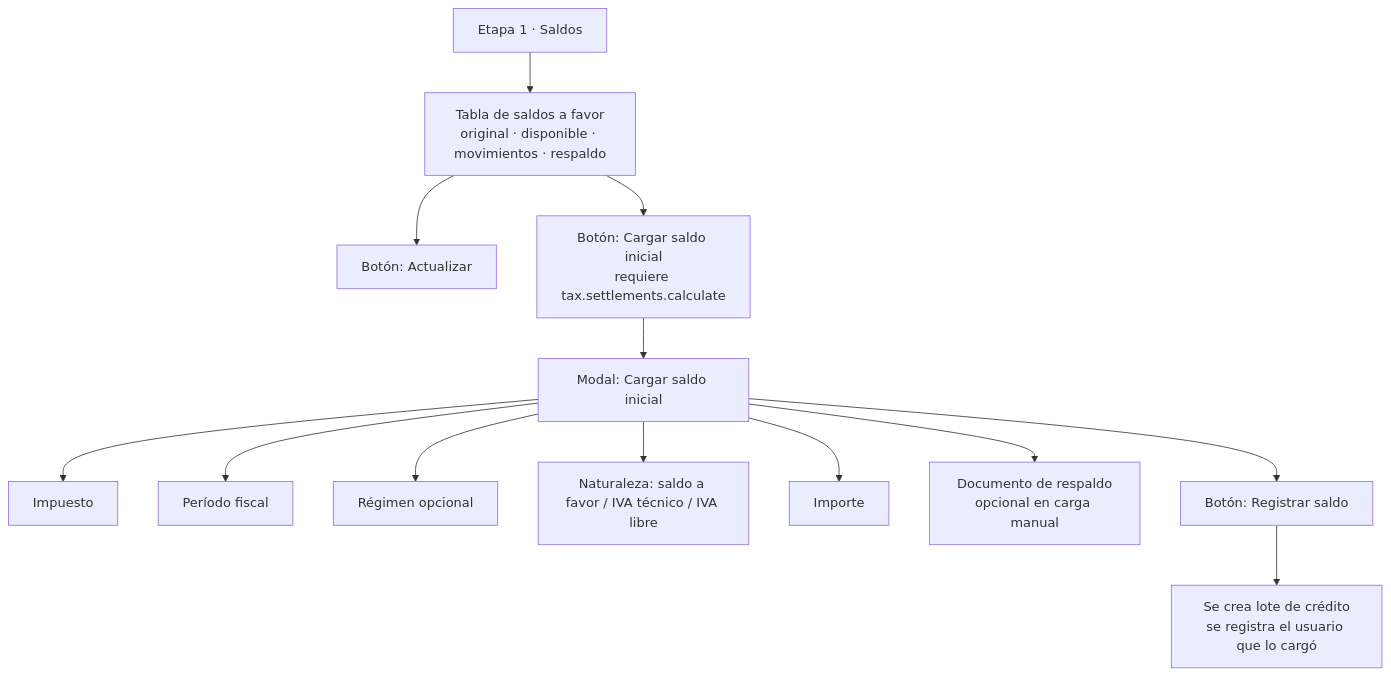
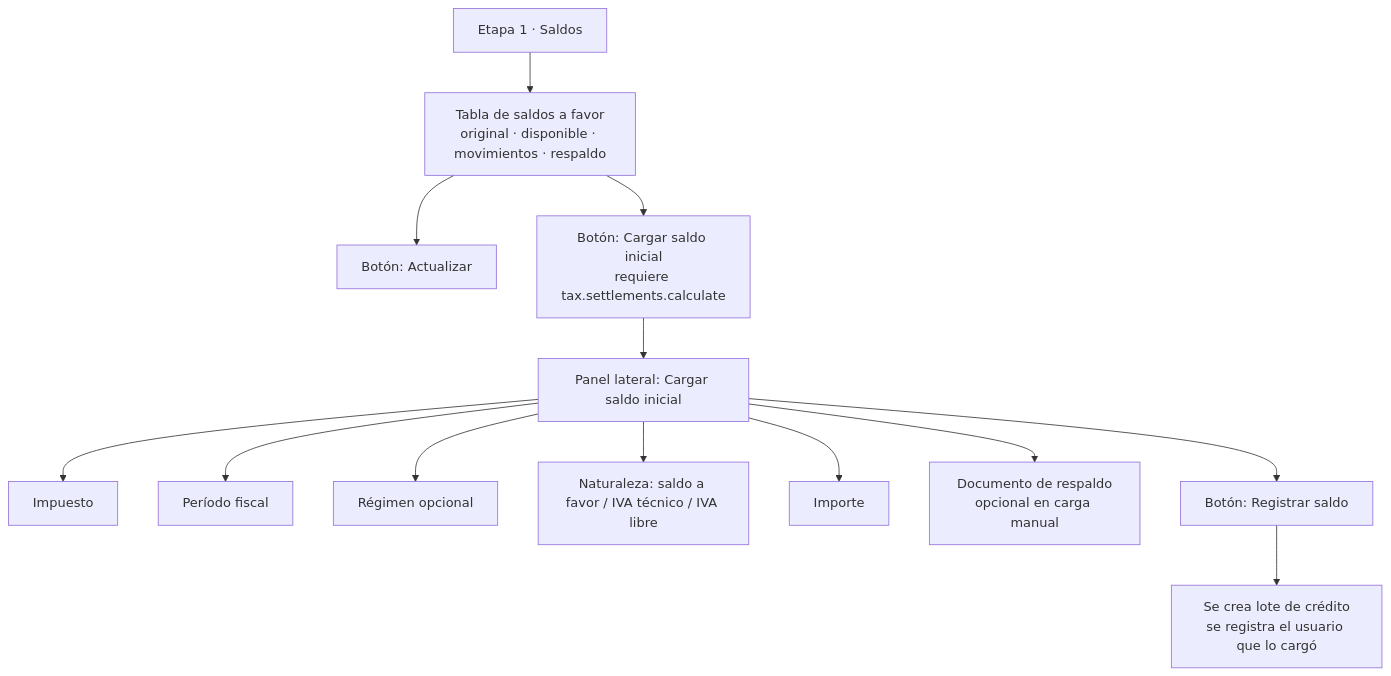
Before and after one commit to TataInti/contable: the third of 10 diagrams in docs/flujograma-expediente-mensual.md, drawn with Mermaid. The commit also changed other lines of this file, not shown here.

````diff
--- a/docs/flujograma-expediente-mensual.md
+++ b/docs/flujograma-expediente-mensual.md
@@ -57,15 +56,15 @@
 ```mermaid
 flowchart TD
     A[Etapa 1 · Saldos] --> B[Tabla de saldos a favor<br/>original · disponible · movimientos · respaldo]
     B --> C[Botón: Actualizar]
     B --> D[Botón: Cargar saldo inicial<br/>requiere tax.settlements.calculate]
-    D --> E[Modal: Cargar saldo inicial]
+    D --> E[Panel lateral: Cargar saldo inicial]
     E --> E1[Impuesto]
     E --> E2[Período fiscal]
     E --> E3[Régimen opcional]
     E --> E4[Naturaleza: saldo a favor / IVA técnico / IVA libre]
     E --> E5[Importe]
     E --> E6[Documento de respaldo<br/>opcional en carga manual]
     E --> F[Botón: Registrar saldo]
     F --> G[Se crea lote de crédito<br/>se registra el usuario que lo cargó]
 ```
````
